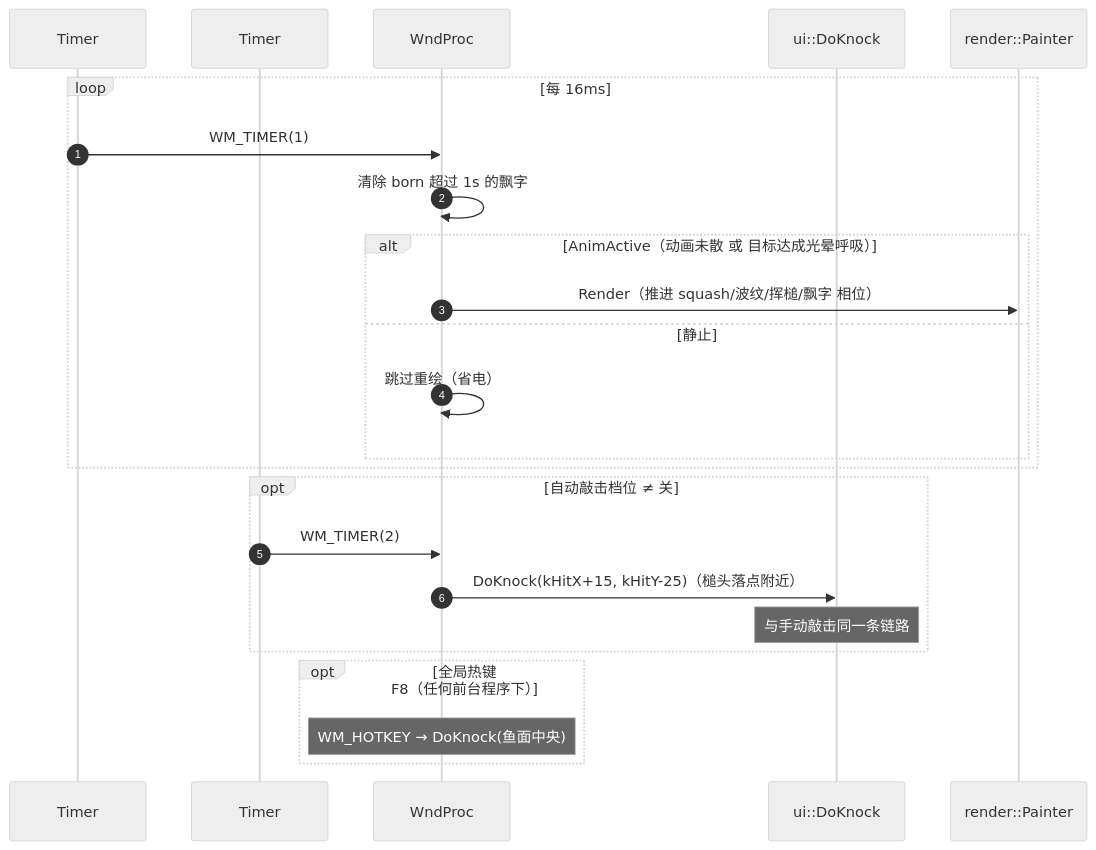
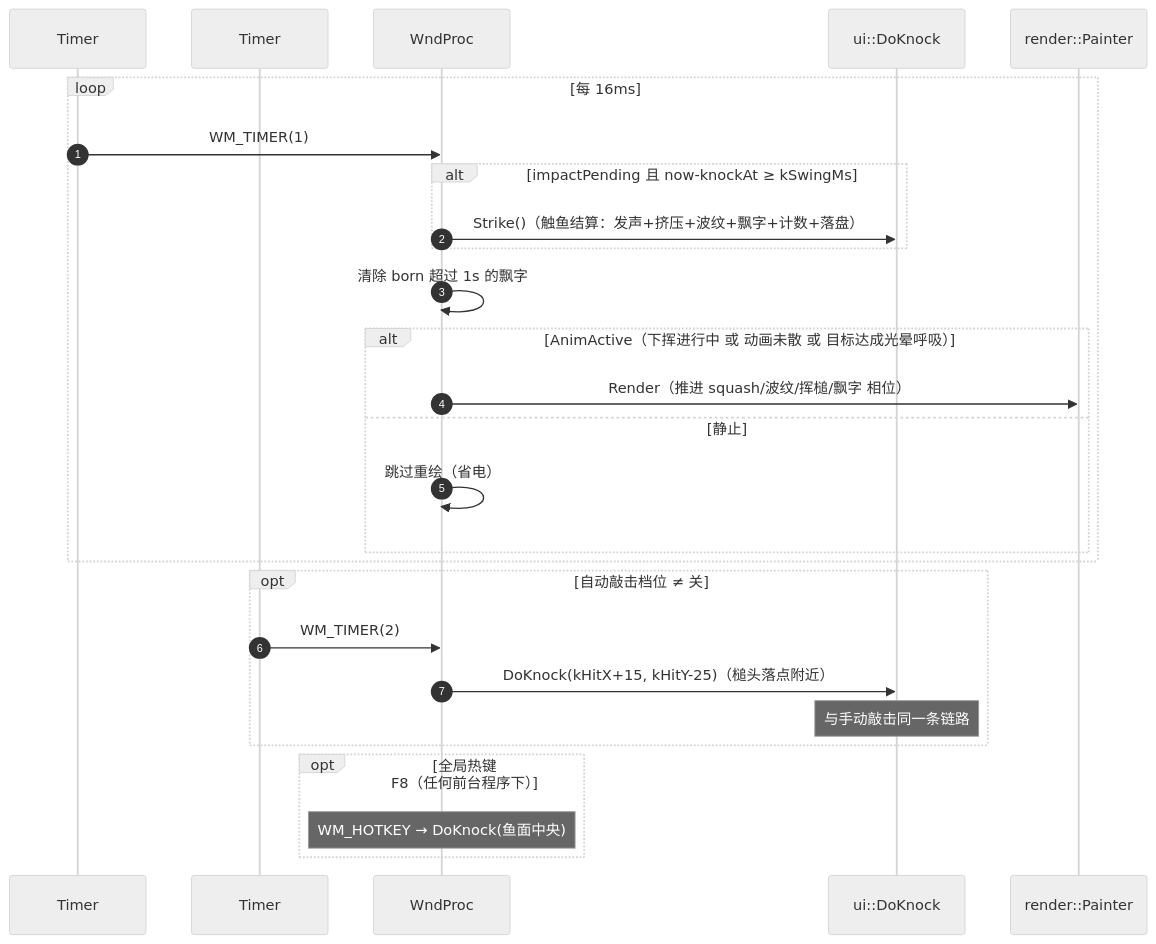
Before and after one commit to TianYunCode/wooden_fish: the third of 5 diagrams in docs/sequence-diagrams.md, drawn with Mermaid (neutral theme). The commit also changed other lines of this file and 26 other files, not shown here.

````diff
--- a/docs/sequence-diagrams.md
+++ b/docs/sequence-diagrams.md
@@ -81,29 +84,32 @@
 ```mermaid
 sequenceDiagram
     autonumber
     participant T1 as Timer#1 (16ms)
     participant T2 as Timer#2 (400/800/1500ms)
     participant WP as WndProc
     participant K as ui::DoKnock
     participant P as render::Painter
 
     loop 每 16ms
         T1->>WP: WM_TIMER(1)
+        alt impactPending 且 now-knockAt ≥ kSwingMs
+            WP->>K: Strike()（触鱼结算：发声+挤压+波纹+飘字+计数+落盘）
+        end
         WP->>WP: 清除 born 超过 1s 的飘字
-        alt AnimActive（动画未散 或 目标达成光晕呼吸）
+        alt AnimActive（下挥进行中 或 动画未散 或 目标达成光晕呼吸）
             WP->>P: Render（推进 squash/波纹/挥槌/飘字 相位）
         else 静止
             WP->>WP: 跳过重绘（省电）
         end
     end
 
     opt 自动敲击档位 ≠ 关
         T2->>WP: WM_TIMER(2)
         WP->>K: DoKnock(kHitX+15, kHitY-25)（槌头落点附近）
         Note over K: 与手动敲击同一条链路
     end
 
     opt 全局热键 F8（任何前台程序下）
         Note over WP: WM_HOTKEY → DoKnock(鱼面中央)
     end
 ```
````
